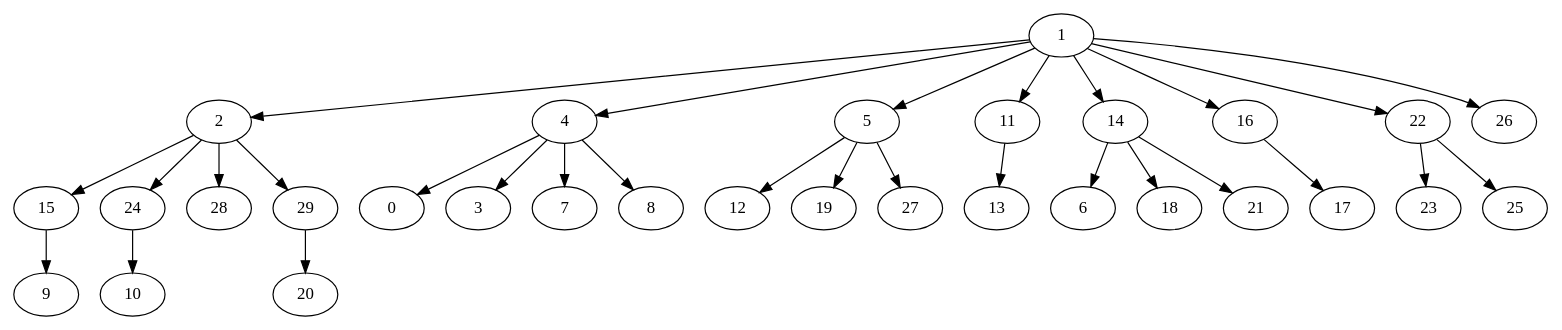
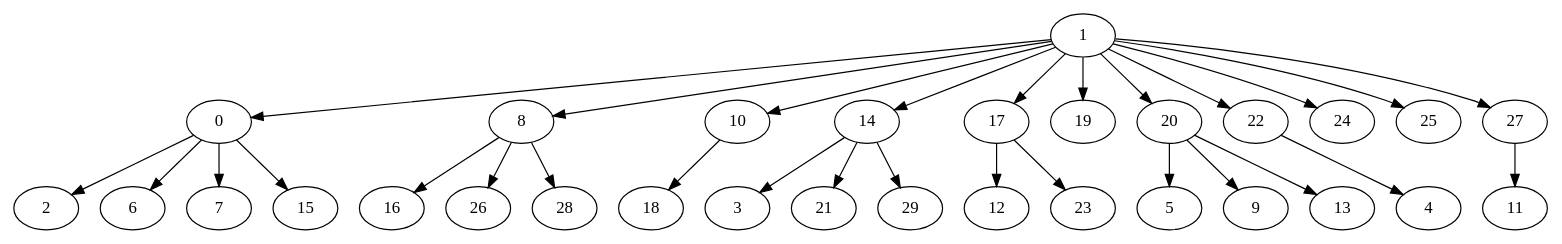
One commit to GusRojas/Grafos2DAA_A24 changed the diagram in arbol_bfs_gilbert30.gv. Above: the diagram before and after it, drawn with Graphviz. The commit also changed 14 other files, not shown here.

```diff
--- a/arbol_bfs_gilbert30.gv
+++ b/arbol_bfs_gilbert30.gv
@@ -1,31 +1,31 @@
 digraph {
-  1 -> 2;
-  1 -> 4;
-  1 -> 5;
-  1 -> 11;
+  1 -> 0;
+  1 -> 8;
+  1 -> 10;
   1 -> 14;
-  1 -> 16;
+  1 -> 17;
+  1 -> 19;
+  1 -> 20;
   1 -> 22;
-  1 -> 26;
-  2 -> 15;
-  2 -> 24;
-  2 -> 28;
-  2 -> 29;
-  4 -> 0;
-  4 -> 3;
-  4 -> 7;
-  4 -> 8;
-  5 -> 12;
-  5 -> 19;
-  5 -> 27;
-  11 -> 13;
-  14 -> 6;
-  14 -> 18;
+  1 -> 24;
+  1 -> 25;
+  1 -> 27;
+  0 -> 2;
+  0 -> 6;
+  0 -> 7;
+  0 -> 15;
+  8 -> 16;
+  8 -> 26;
+  8 -> 28;
+  10 -> 18;
+  14 -> 3;
   14 -> 21;
-  16 -> 17;
-  22 -> 23;
-  22 -> 25;
-  15 -> 9;
-  24 -> 10;
-  29 -> 20;
+  14 -> 29;
+  17 -> 12;
+  17 -> 23;
+  20 -> 5;
+  20 -> 9;
+  20 -> 13;
+  22 -> 4;
+  27 -> 11;
 }
```
